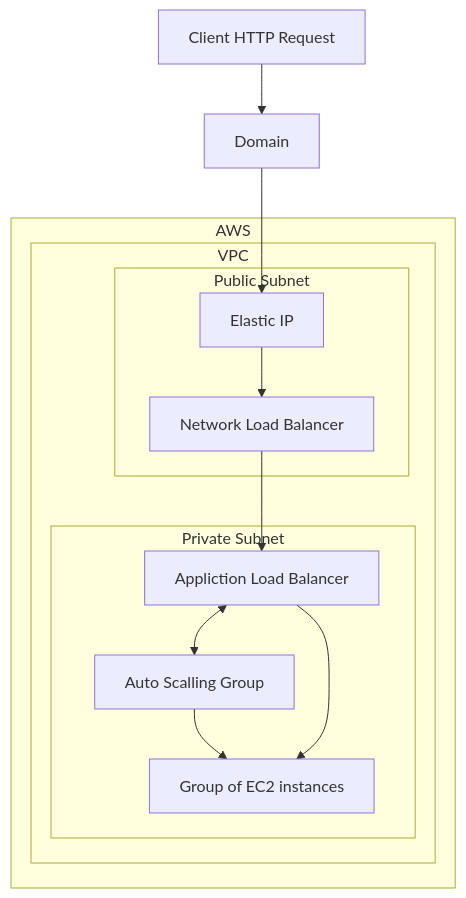
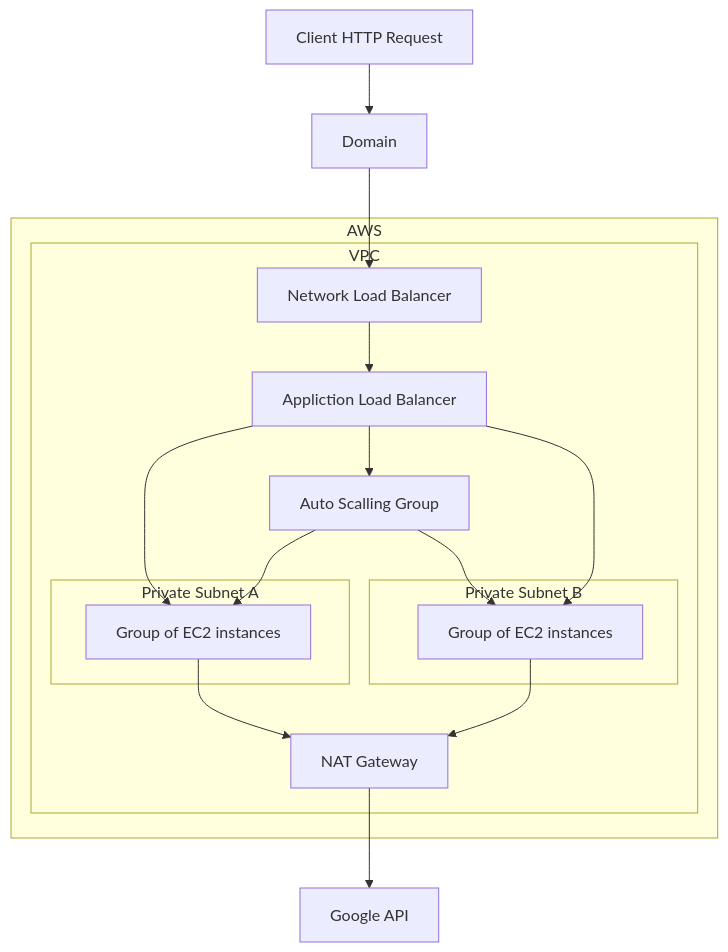
Before and after one commit to omer-priel/madabclick: the third of 3 diagrams in README.md, drawn with Mermaid. The commit also changed other lines of this file and 7 other files, not shown here.

````diff
--- a/README.md
+++ b/README.md
@@ -63,16 +62,32 @@
 ```mermaid
 flowchart TB
-  ClientRequest[Client HTTP Request] --> Domain --> EIP
+  ClientRequest[Client HTTP Request] --> Domain --> NLB
   subgraph AWS
     subgraph VPC
-      subgraph Public Subnet
-        EIP[Elastic IP] --> NLB[Network Load Balancer]
+      NLB[Network Load Balancer]
+      ALB[Appliction Load Balancer]
+      ASG[Auto Scalling Group]
+      NG[NAT Gateway]
+
+      NLB --> ALB --> ASG
+
+      ALB --> EC2A
+      ASG --> EC2A
+            
+      ASG --> EC2B
+      ALB --> EC2B
+      
+      subgraph Private Subnet A
+        EC2A[Group of EC2 instances]
       end
-      subgraph Private Subnet
-        ASG[Auto Scalling Group] --> EC2[Group of EC2 instances]
-        NLB --> ALB[Appliction Load Balancer] --> EC2
-        ALB <--> ASG
+      subgraph Private Subnet B
+        EC2B[Group of EC2 instances]
       end
+
+      EC2A --> NG
+      EC2B --> NG
     end
   end
+
+  NG --> GoogleAPI[Google API]
 ```
````
